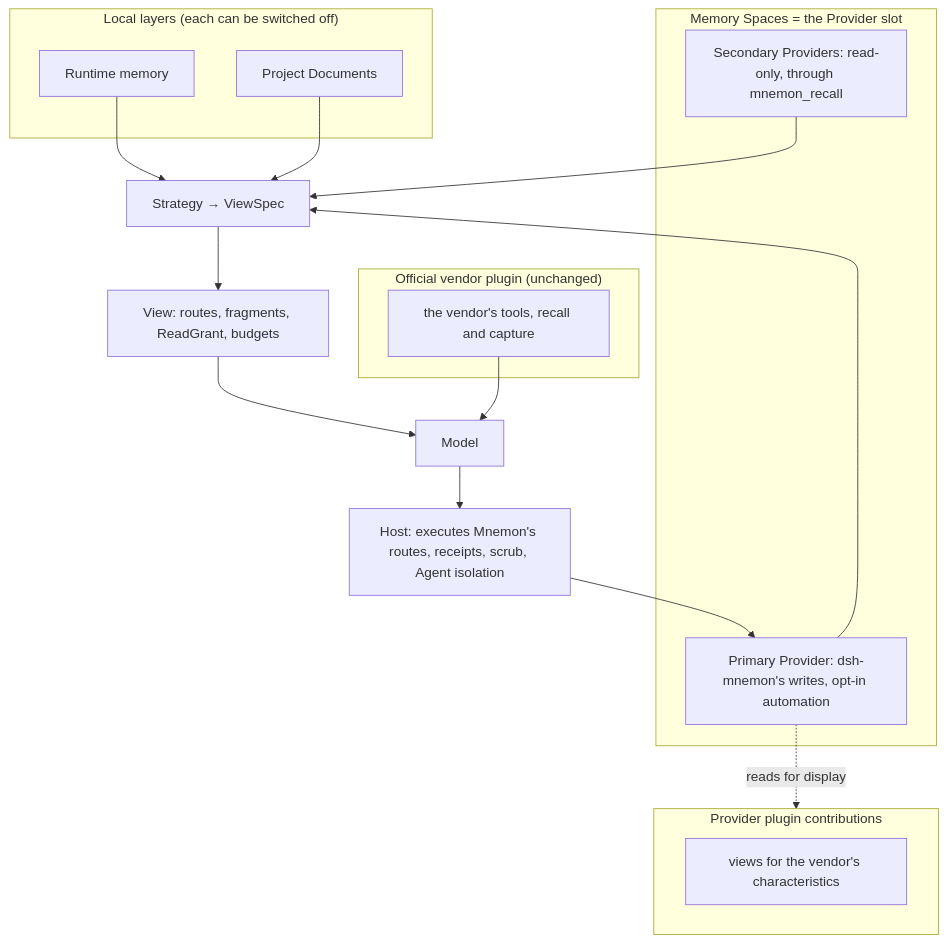
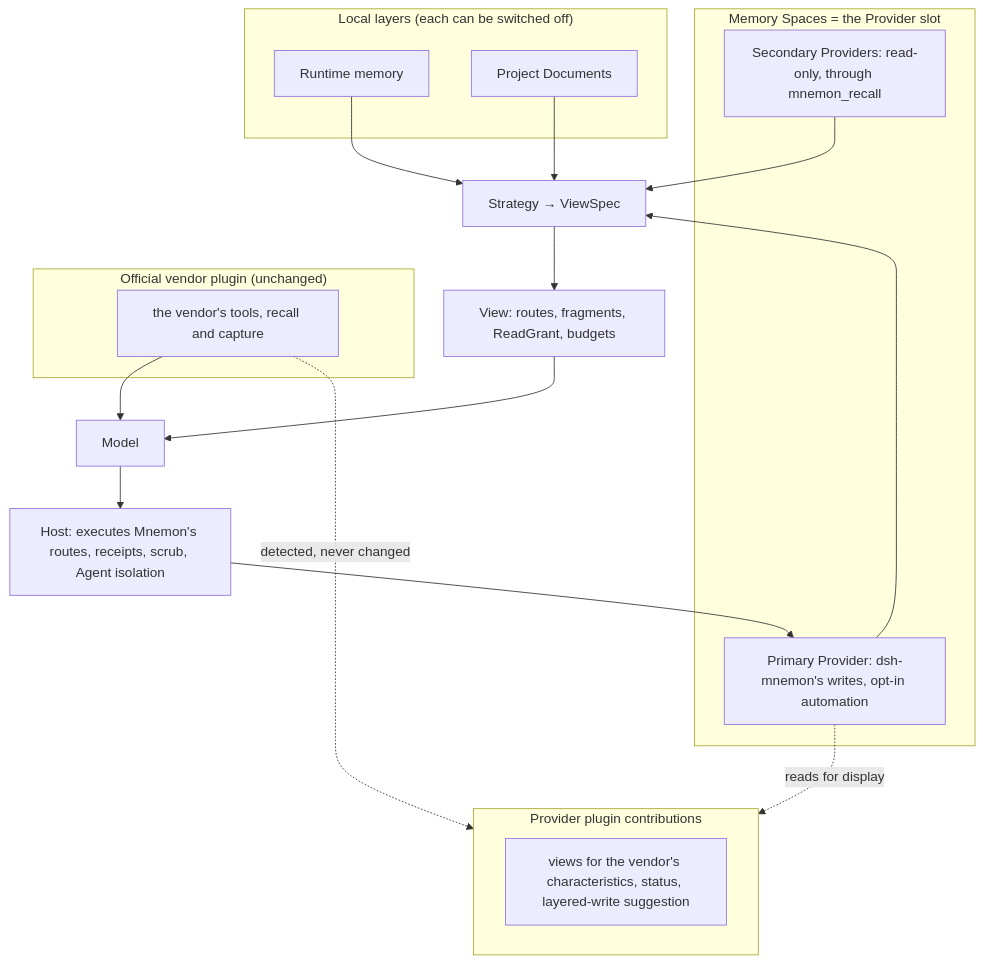
The diagram in docs/plans/memory-provider-strategy.md (LAN-SHH/dsh-mnemon), drawn with Mermaid before and after one commit. The commit also changed other lines of this file and 1 other file, not shown here.

````diff
--- a/docs/plans/memory-provider-strategy.md
+++ b/docs/plans/memory-provider-strategy.md
@@ -94,27 +93,28 @@
 ```mermaid
 flowchart TB
   subgraph Local["Local layers (each can be switched off)"]
     RT["Runtime memory"]
     DOC["Project Documents"]
   end
   subgraph Slot["Memory Spaces = the Provider slot"]
     P["Primary Provider: dsh-mnemon's writes, opt-in automation"]
     S["Secondary Providers: read-only, through mnemon_recall"]
   end
   subgraph Official["Official vendor plugin (unchanged)"]
     VT["the vendor's tools, recall and capture"]
   end
   subgraph Views["Provider plugin contributions"]
-    V["views for the vendor's characteristics"]
+    V["views for the vendor's characteristics, status, layered-write suggestion"]
   end
   RT --> Strategy["Strategy → ViewSpec"]
   DOC --> Strategy
   P --> Strategy
   S --> Strategy
   Strategy --> View["View: routes, fragments, ReadGrant, budgets"]
   View --> Model["Model"]
   VT --> Model
   Model --> Host["Host: executes Mnemon's routes, receipts, scrub, Agent isolation"]
   Host --> P
   P -. reads for display .-> Views
+  VT -. detected, never changed .-> Views
 ```
````
